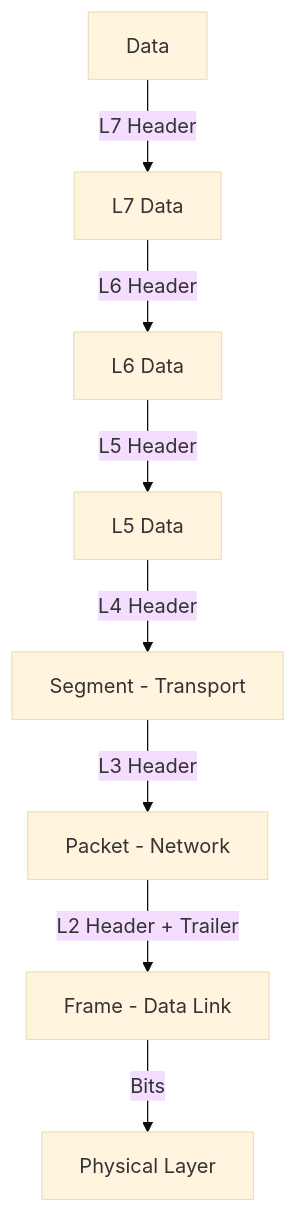
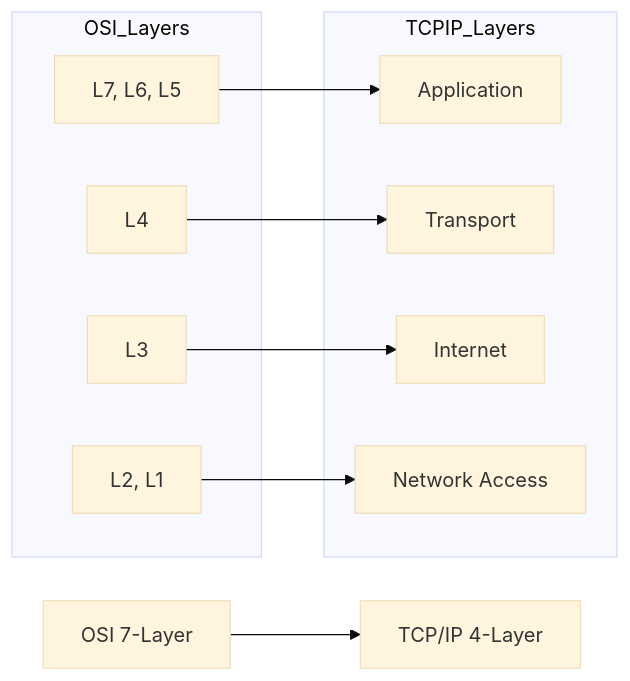
One commit to Ganil151/Devops changed the second of 3 diagrams in 1-Beginner/01-Phase-1/01-Networking/02-Network-Models/README.md. Above: the diagram before and after it, drawn with Mermaid (base theme). The commit also changed other lines of this file and 75 other files, not shown here.

````diff
--- a/1-Beginner/01-Phase-1/01-Networking/02-Network-Models/README.md
+++ b/1-Beginner/01-Phase-1/01-Networking/02-Network-Models/README.md
@@ -86,10 +81,23 @@
 ```mermaid
-graph TD
-    A[Data] -->|L7 Header| B[L7 Data]
-    B -->|L6 Header| C[L6 Data]
-    C -->|L5 Header| D[L5 Data]
-    D -->|L4 Header| E[Segment - Transport]
-    E -->|L3 Header| F[Packet - Network]
-    F -->|L2 Header + Trailer| G[Frame - Data Link]
-    G -->|Bits| H[Physical Layer]
+graph LR
+    OSI[OSI 7-Layer] --> TCPIP[TCP/IP 4-Layer]
+    
+    subgraph OSI_Layers
+        L765[L7, L6, L5]
+        L4[L4]
+        L3[L3]
+        L21[L2, L1]
+    end
+    
+    subgraph TCPIP_Layers
+        App[Application]
+        Trans[Transport]
+        Internet[Internet]
+        Link[Network Access]
+    end
+    
+    L765 --> App
+    L4 --> Trans
+    L3 --> Internet
+    L21 --> Link
 ```
````
